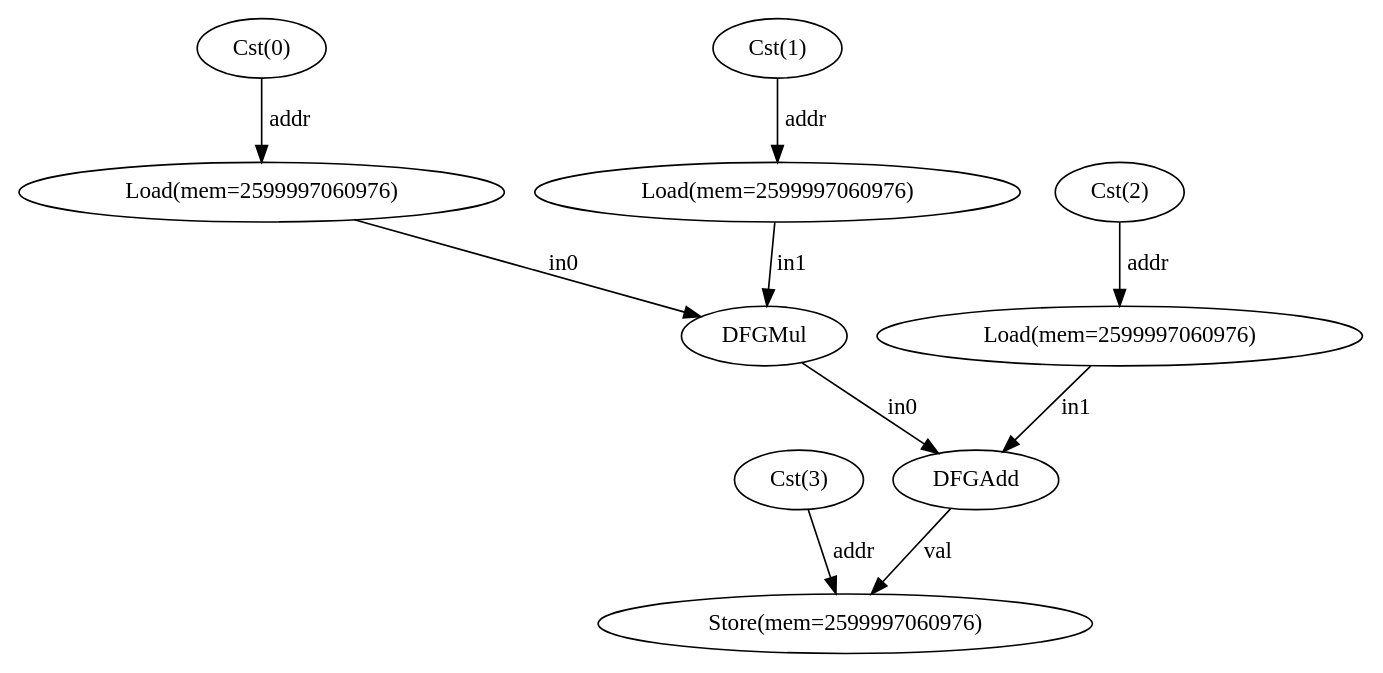
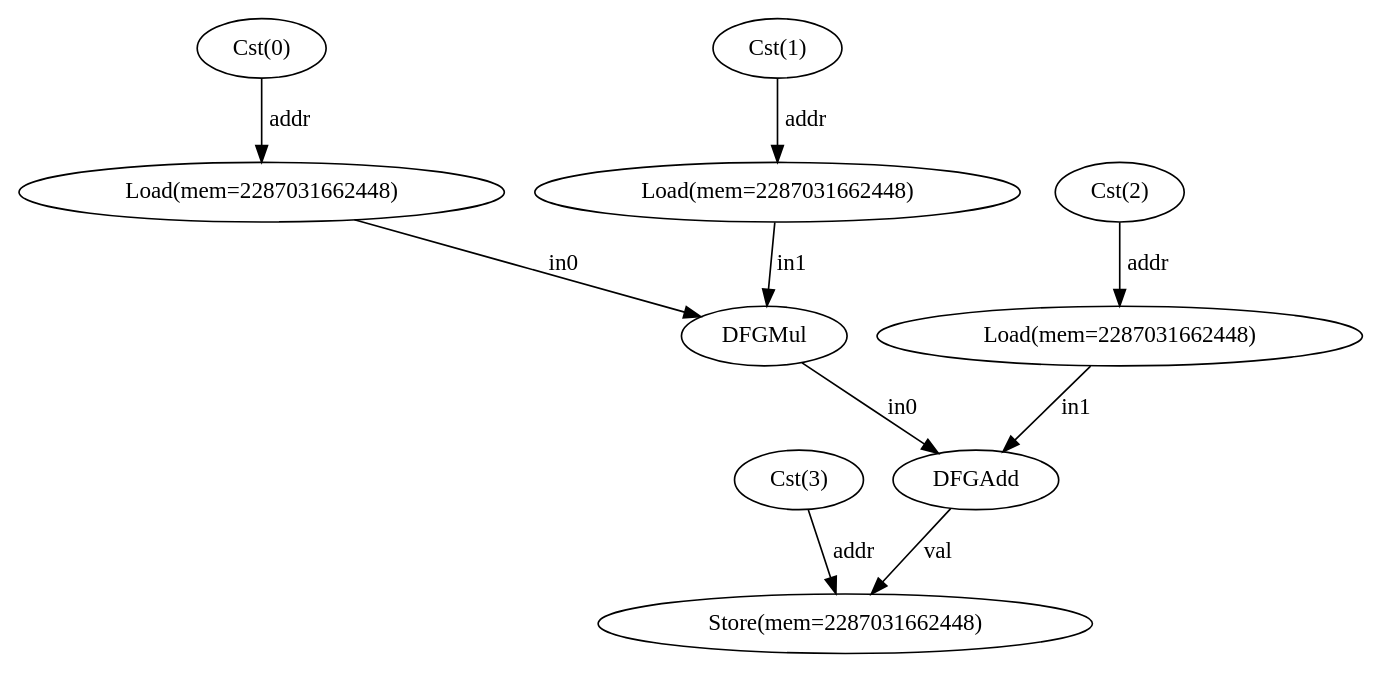
Before and after one commit to ma-carrillo/High-level-synthesis-assignment: the diagram in test00/dfg.dot, drawn with Graphviz. The commit also changed 18 other files, not shown here.

```diff
--- a/test00/dfg.dot
+++ b/test00/dfg.dot
@@ -1,21 +1,21 @@
 digraph "dfg" {
   n0 [label="Cst(3)"];
   n1 [label="Cst(0)"];
-  n2 [label="Load(mem=2599997060976)"];
+  n2 [label="Load(mem=2287031662448)"];
   n3 [label="Cst(1)"];
-  n4 [label="Load(mem=2599997060976)"];
+  n4 [label="Load(mem=2287031662448)"];
   n5 [label="DFGMul"];
   n6 [label="Cst(2)"];
-  n7 [label="Load(mem=2599997060976)"];
+  n7 [label="Load(mem=2287031662448)"];
   n8 [label="DFGAdd"];
-  n9 [label="Store(mem=2599997060976)"];
+  n9 [label="Store(mem=2287031662448)"];
   n0 -> n9 [label="addr"];
   n1 -> n2 [label="addr"];
   n2 -> n5 [label="in0"];
   n3 -> n4 [label="addr"];
   n4 -> n5 [label="in1"];
   n5 -> n8 [label="in0"];
   n6 -> n7 [label="addr"];
   n7 -> n8 [label="in1"];
   n8 -> n9 [label="val"];
 }
```
